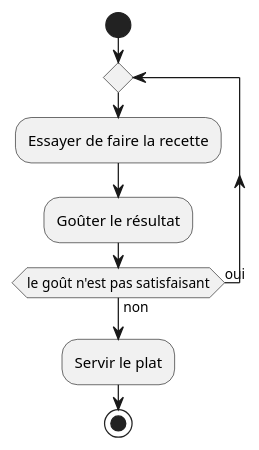
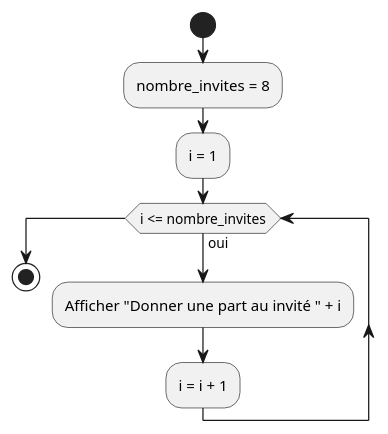
One commit to HEIG-VD-Prog-Course/HEIG-VD-ProgIM-Course changed the fifth of 5 diagrams in 03.01-iteration/01-supports-de-cours/README.md. Above: the diagram before and after it, drawn with PlantUML. The commit also changed other lines of this file and 2 other files, not shown here.

````diff
--- a/03.01-iteration/01-supports-de-cours/README.md
+++ b/03.01-iteration/01-supports-de-cours/README.md
@@ -267,11 +311,12 @@
 ```plantuml
 @startuml
 start
-repeat
-    :Essayer de faire la recette;
-    :Goûter le résultat;
-repeat while (le goût n'est pas satisfaisant) is (oui) not (non)
-:Servir le plat;
+:nombre_invites = 8;
+:i = 1;
+while (i <= nombre_invites) is (oui)
+  :Afficher "Donner une part au invité " + i;
+  :i = i + 1;
+endwhile
 stop
 @enduml
 ```
````
